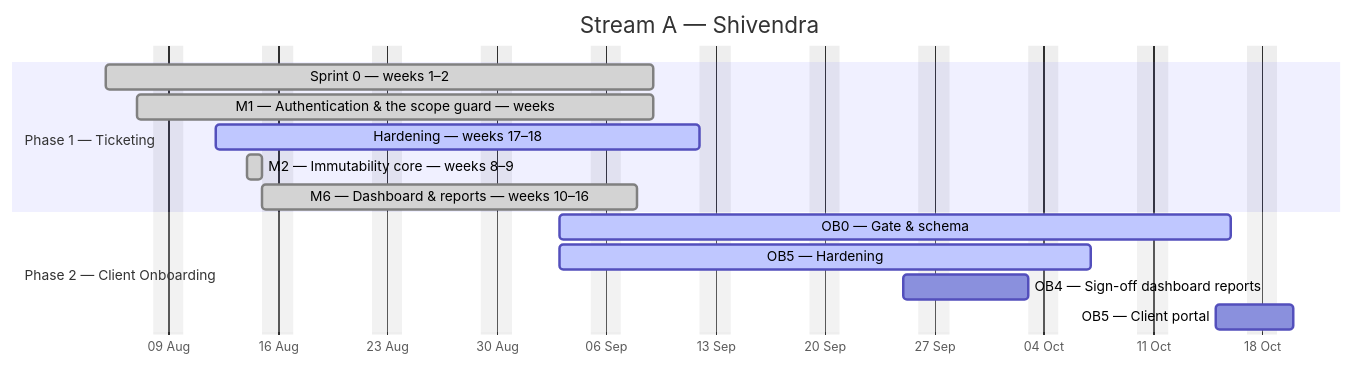
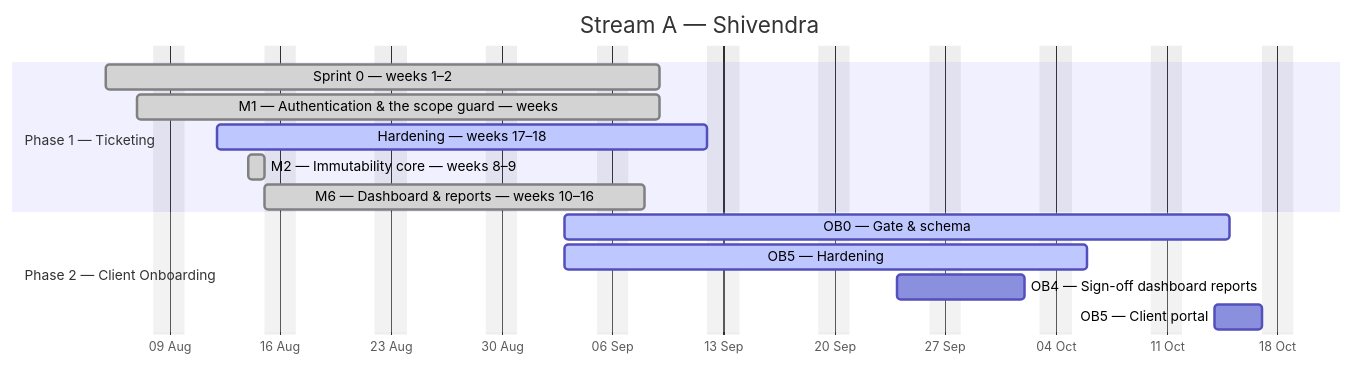
The first of 4 diagrams in docs/plan/GANTT.md (debashisedunext/EduTrack), drawn with Mermaid before and after one commit. The commit also changed other lines of this file and 2 other files, not shown here.

````diff
--- a/docs/plan/GANTT.md
+++ b/docs/plan/GANTT.md
@@ -128,18 +128,18 @@
 ```mermaid
 gantt
     dateFormat YYYY-MM-DD
     axisFormat %d %b
     title Stream A — Shivendra
     excludes weekends
     section Phase 1 — Ticketing
     Sprint 0 — weeks 1–2 :done, a0, 2026-08-05, 25d
     M1 — Authentication & the scope guard — weeks :done, a1, 2026-08-07, 23d
     Hardening — weeks 17–18 :active, a2, 2026-08-12, 23d
     M2 — Immutability core — weeks 8–9 :done, a3, 2026-08-14, 1d
     M6 — Dashboard & reports — weeks 10–16 :done, a4, 2026-08-15, 17d
     section Phase 2 — Client Onboarding
-    OB0 — Gate & schema :active, a5, 2026-09-03, 31d
-    OB5 — Hardening :active, a6, 2026-09-03, 24d
-    OB4 — Sign-off  dashboard  reports :a7, 2026-09-25, 6d
-    OB5 — Client portal :a8, 2026-10-15, 3d
+    OB0 — Gate & schema :active, a5, 2026-09-03, 30d
+    OB5 — Hardening :active, a6, 2026-09-03, 23d
+    OB4 — Sign-off  dashboard  reports :a7, 2026-09-24, 6d
+    OB5 — Client portal :a8, 2026-10-14, 3d
 ```
````
